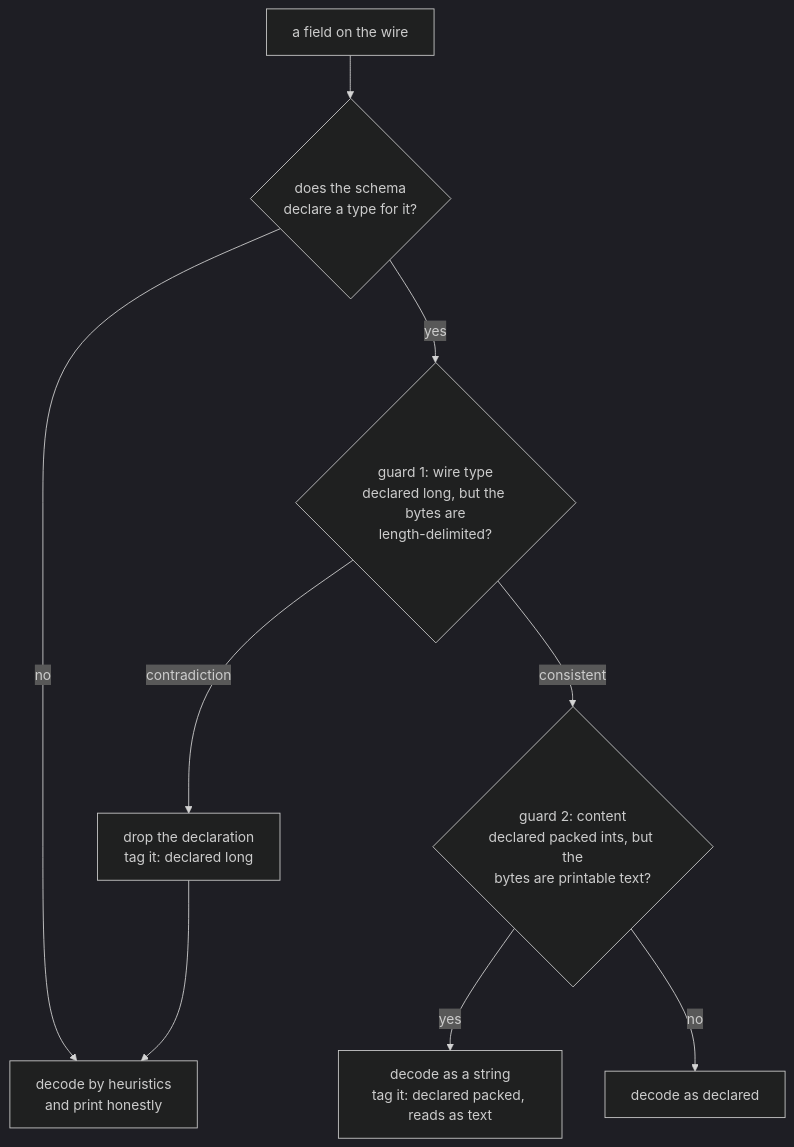
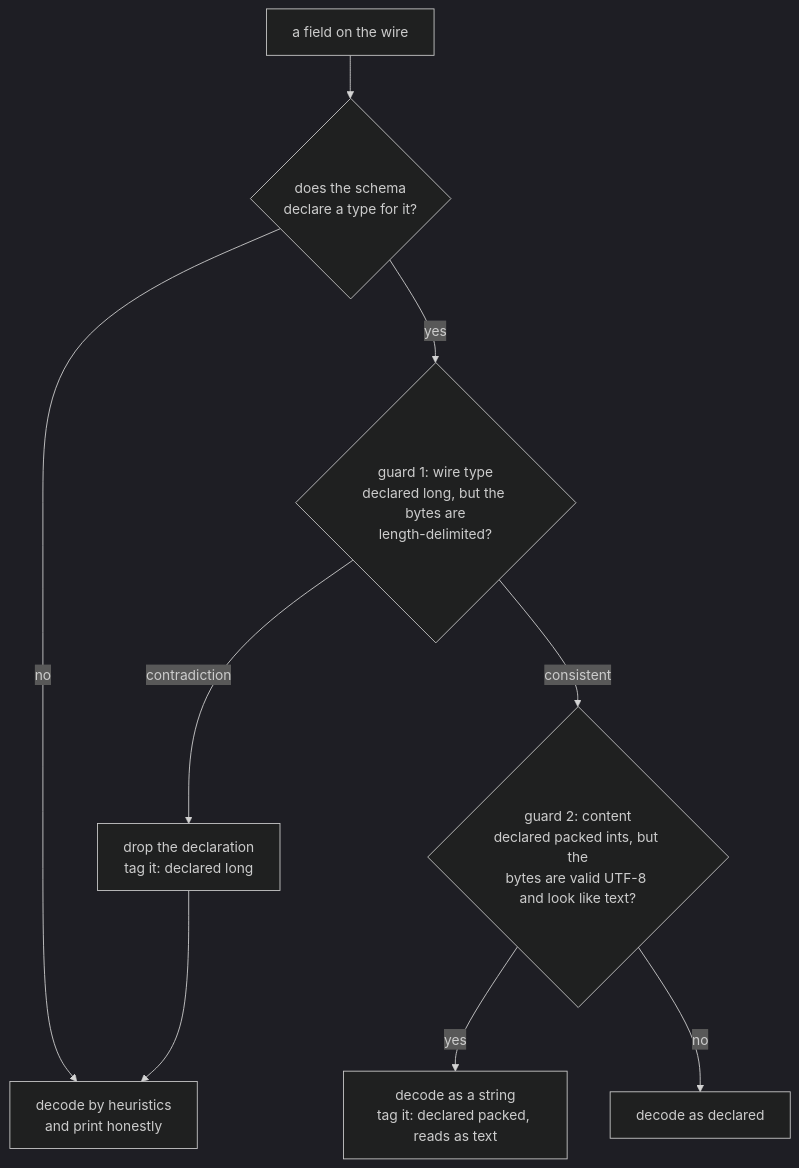
One commit to Miou-zora/SniffSniffSquared changed the second of 3 diagrams in blog/04-nine-ways-to-fail-at-reading-a-schema.md. Above: the diagram before and after it, drawn with Mermaid (dark theme). The commit also changed other lines of this file, not shown here.

First line of the commit message:
docs(blog): explain the deadlock in post 04, and cut what the diagram said twice

````diff
--- a/blog/04-nine-ways-to-fail-at-reading-a-schema.md
+++ b/blog/04-nine-ways-to-fail-at-reading-a-schema.md
@@ -84,11 +84,11 @@
 ```mermaid
 flowchart TD
     F["a field on the wire"] --> D{"does the schema<br/>declare a type for it?"}
     D -- no --> H["decode by heuristics<br/>and print honestly"]
     D -- yes --> W{"guard 1: wire type<br/>declared long, but the bytes are<br/>length-delimited?"}
     W -- "contradiction" --> X["drop the declaration<br/>tag it: declared long"]
     X --> H
-    W -- "consistent" --> P{"guard 2: content<br/>declared packed ints, but the<br/>bytes are printable text?"}
+    W -- "consistent" --> P{"guard 2: content<br/>declared packed ints, but the<br/>bytes are valid UTF-8 and look like text?"}
     P -- yes --> Y["decode as a string<br/>tag it: declared packed, reads as text"]
     P -- no --> Z["decode as declared"]
 ```
````
